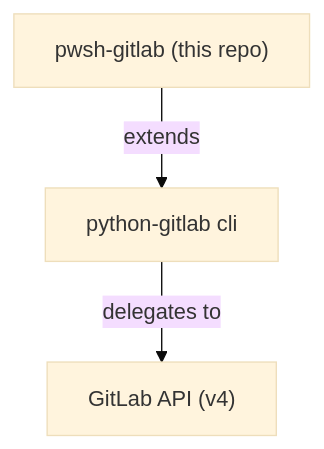
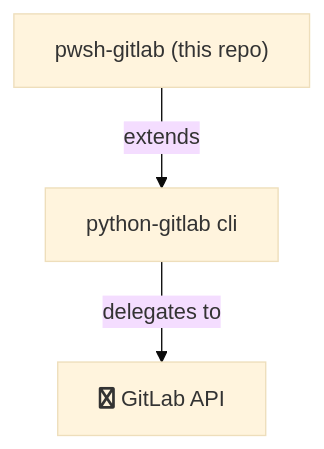
One commit to chris-peterson/pwsh-gitlab changed the diagram in README.md. Above: the diagram before and after it, drawn with Mermaid (base theme).

Commit message:
try font awesome

````diff
--- a/README.md
+++ b/README.md
@@ -18,8 +18,8 @@
 ```mermaid
 graph TD;
   pwsh-gitlab["pwsh-gitlab (this repo)"]
   python-gitlab["python-gitlab cli"]
-  gitlab-api["GitLab API (v4)"]
+  gitlab-api["fa:fa-gitlab GitLab API"]
   pwsh-gitlab -- extends --> python-gitlab
   python-gitlab -- delegates to --> gitlab-api
 ```
````
